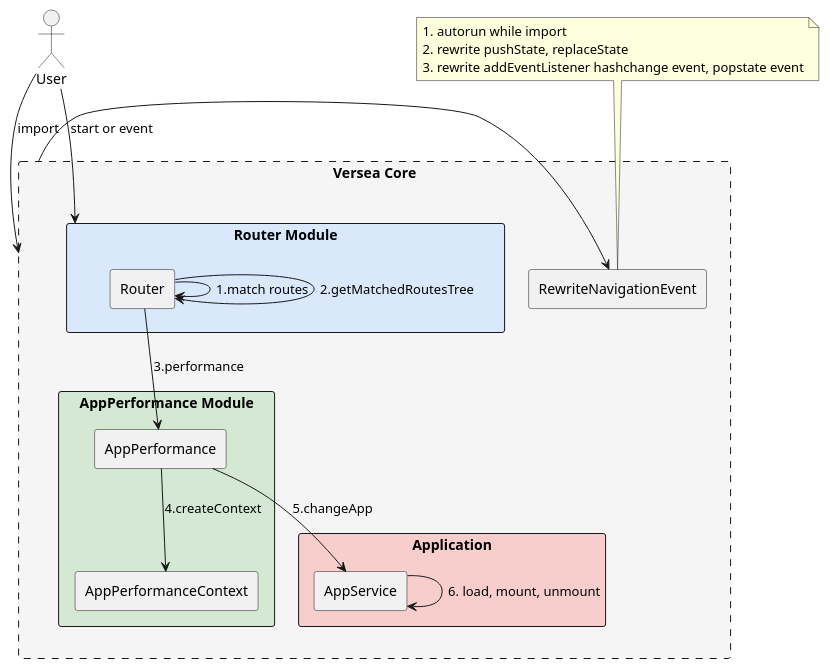
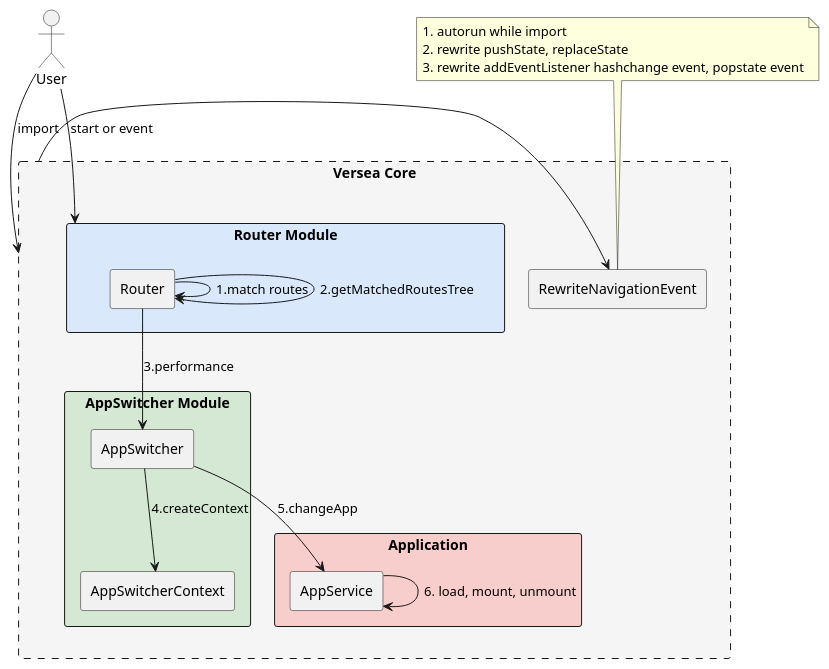
One commit to versea/versea-tech-design changed the second of 2 diagrams in main/main.md. Above: the diagram before and after it, drawn with PlantUML. The commit also changed other lines of this file and 2 other files, not shown here.

````diff
--- a/main/main.md
+++ b/main/main.md
@@ -30,39 +30,39 @@
 ```plantuml
 @startuml
 actor User
 rectangle "Versea Core" as VerseaCore #F5F5F5;line.dashed {
   rectangle "RewriteNavigationEvent"
 
   rectangle "Router Module" as RouterModule #DAE8FC {
     rectangle "Router"
   }
 
   rectangle "Application" #F8CECC {
     rectangle "AppService"
   }
 
-  rectangle "AppPerformance Module" #D5E8D4 {
-    rectangle "AppPerformance" as AppPerformance
-    rectangle "AppPerformanceContext" as AppPerformanceContext
+  rectangle "AppSwitcher Module" #D5E8D4 {
+    rectangle "AppSwitcher" as AppSwitcher
+    rectangle "AppSwitcherContext" as AppSwitcherContext
 
-    AppPerformance --> AppPerformanceContext: 4.createContext
+    AppSwitcher --> AppSwitcherContext: 4.createContext
   }
 
   Router --> Router: 1.match routes
   Router --> Router: 2.getMatchedRoutesTree
-  Router --> AppPerformance: 3.performance
-  AppPerformance --> AppService: 5.changeApp
+  Router --> AppSwitcher: 3.performance
+  AppSwitcher --> AppService: 5.changeApp
   AppService -> AppService: 6. load, mount, unmount
 }
 User --> VerseaCore: import
 VerseaCore -> RewriteNavigationEvent
 
 note top of RewriteNavigationEvent
   1. autorun while import
   2. rewrite pushState, replaceState
   3. rewrite addEventListener hashchange event, popstate event
 end note
 
 User --> RouterModule: start or event
 @enduml
 ```
````
